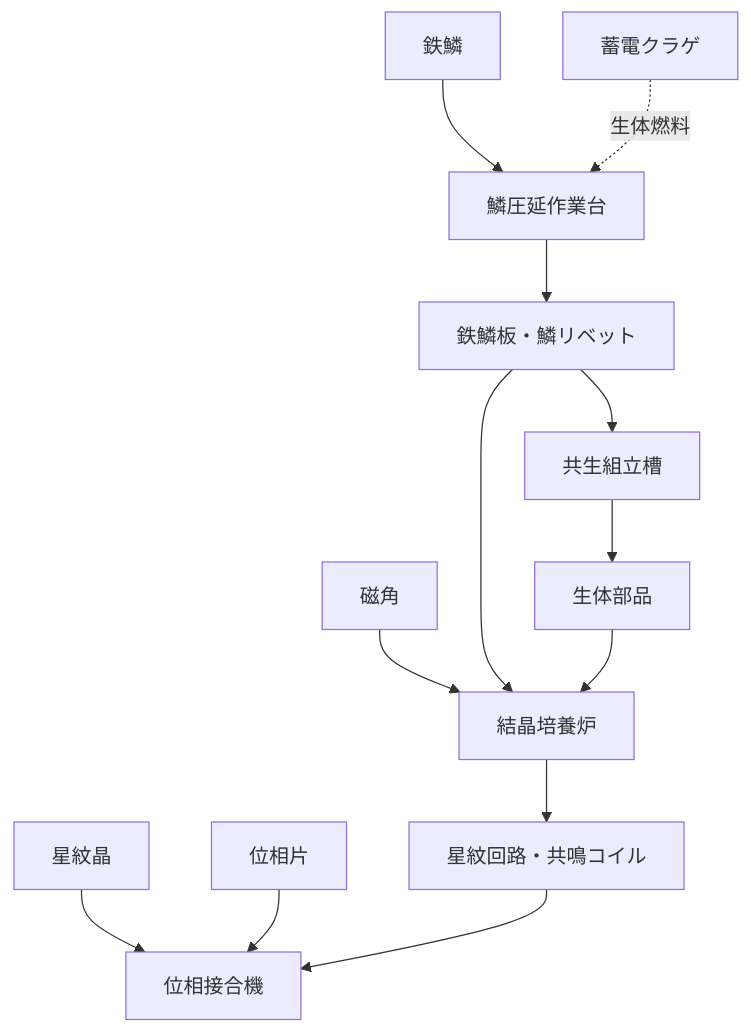
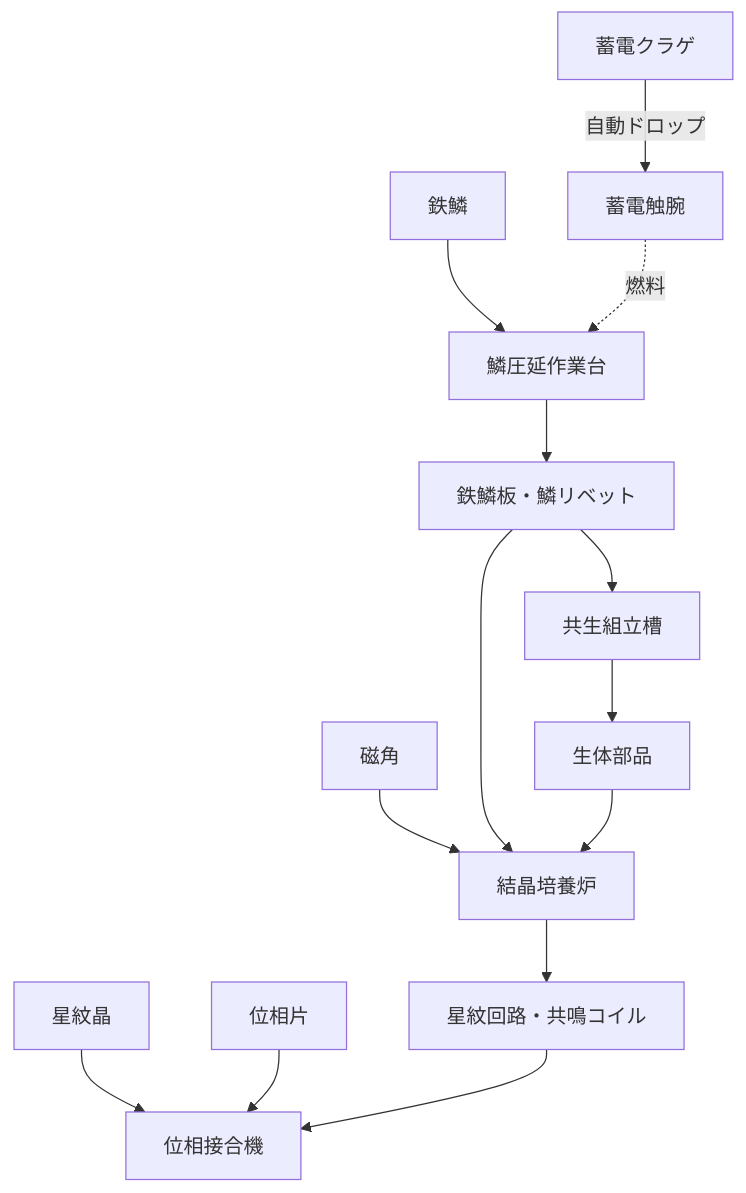
The sixth of 6 diagrams in spec/要素設計書/KomayamaCraft_非食材サプライチェーン.md (nirao1015/KomayamaCraft), drawn with Mermaid before and after one commit. The commit also changed other lines of this file and 345 other files, not shown here.

````diff
--- a/spec/要素設計書/KomayamaCraft_非食材サプライチェーン.md
+++ b/spec/要素設計書/KomayamaCraft_非食材サプライチェーン.md
@@ -354,17 +363,18 @@
 ```mermaid
 flowchart TD
     IS[鉄鱗] --> PRESS[鱗圧延作業台]
-    JELLY[蓄電クラゲ] -.->|生体燃料| PRESS
+    JELLY[蓄電クラゲ] -->|自動ドロップ| TENT[蓄電触腕]
+    TENT -.->|燃料| PRESS
     PRESS --> BASIC[鉄鱗板・鱗リベット]
     BASIC --> BIO[共生組立槽]
     BIO --> BIOPARTS[生体部品]
 
     MH[磁角] --> CRYSTAL[結晶培養炉]
     BASIC --> CRYSTAL
     BIOPARTS --> CRYSTAL
 
     CRYSTAL --> ELECTRIC[星紋回路・共鳴コイル]
     STAR[星紋晶] --> PHASE[位相接合機]
     PH[位相片] --> PHASE
     ELECTRIC --> PHASE
 ```
````
